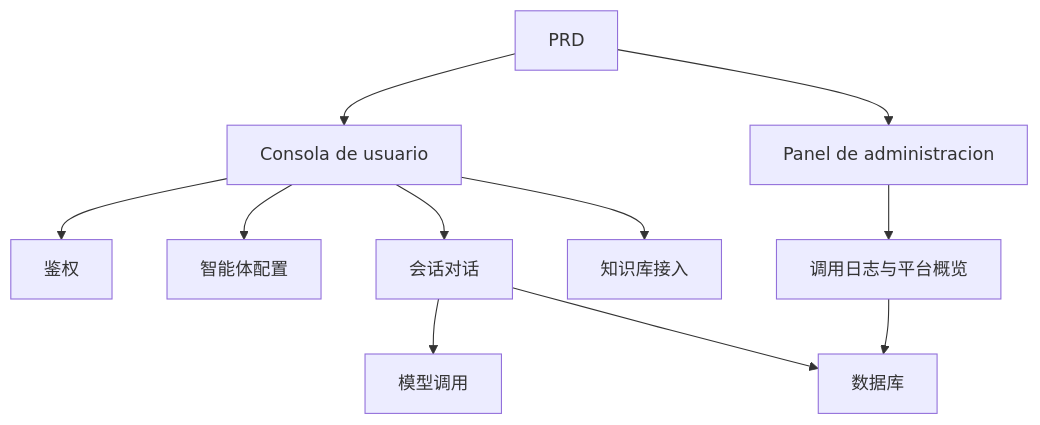
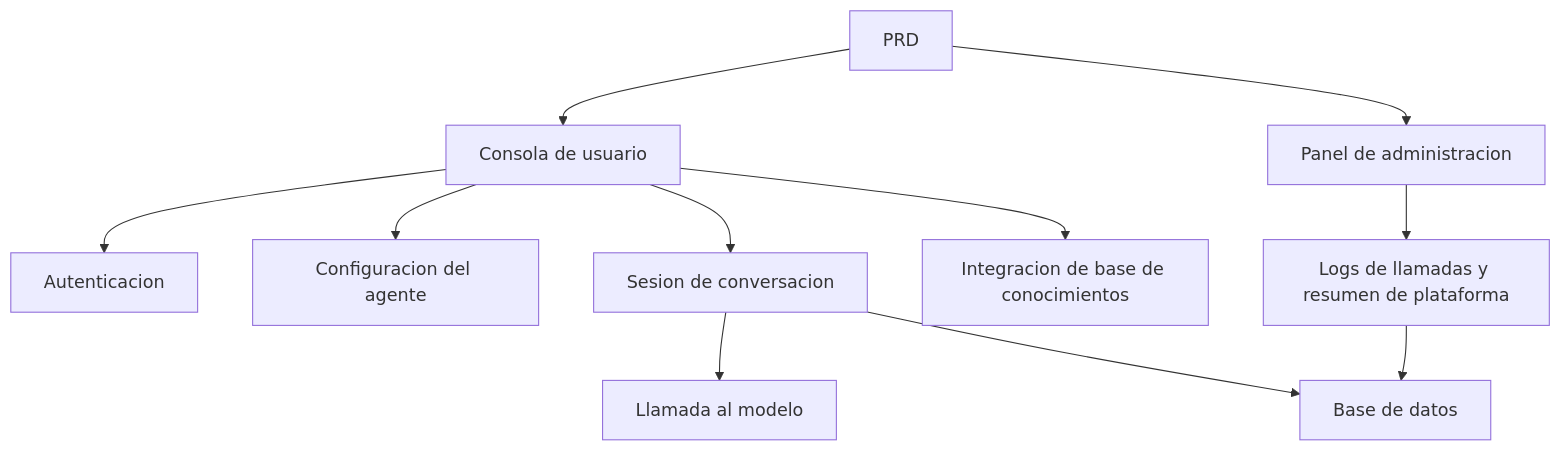
One commit to sketchymonk/easy-vibe changed the diagram in docs/es-es/stage-2/assignments/custom-dify-agent-platform/index.md. Above: the diagram before and after it, drawn with Mermaid. The commit also changed other lines of this file and 59 other files, not shown here.

````diff
--- a/docs/es-es/stage-2/assignments/custom-dify-agent-platform/index.md
+++ b/docs/es-es/stage-2/assignments/custom-dify-agent-platform/index.md
@@ -73,13 +73,13 @@
 ```mermaid
 flowchart TD
   prd["PRD"] --> app["Consola de usuario"]
   prd --> admin["Panel de administracion"]
-  app --> auth["鉴权"]
-  app --> agent["智能体配置"]
-  app --> chat["会话对话"]
-  chat --> llm["模型调用"]
-  chat --> db["数据库"]
-  app --> kb["知识库接入"]
-  admin --> logs["调用日志与平台概览"]
+  app --> auth["Autenticacion"]
+  app --> agent["Configuracion del agente"]
+  app --> chat["Sesion de conversacion"]
+  chat --> llm["Llamada al modelo"]
+  chat --> db["Base de datos"]
+  app --> kb["Integracion de base de conocimientos"]
+  admin --> logs["Logs de llamadas y resumen de plataforma"]
   logs --> db
 ```
````
